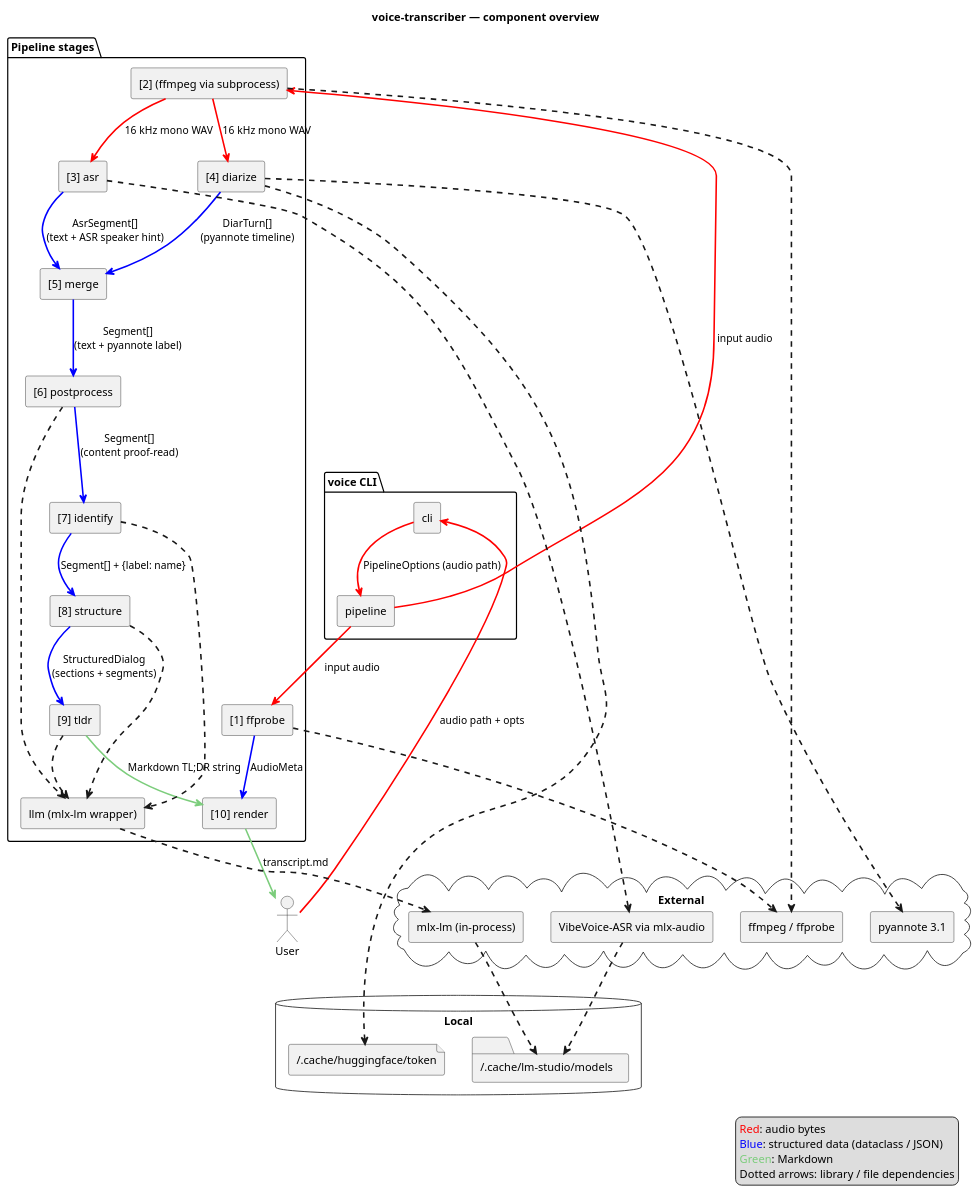
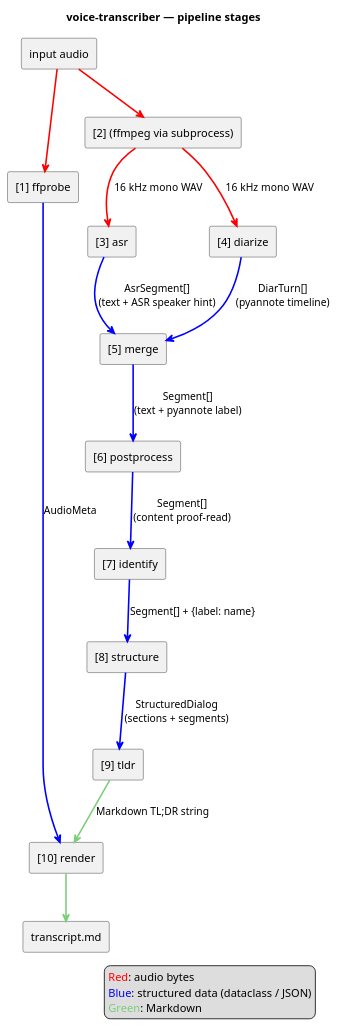
Before and after one commit to artem-from-ua/voice-transcriber: the second of 2 diagrams in docs/architecture.md, drawn with PlantUML. The commit also changed other lines of this file, not shown here.

Commit message:
Split the architecture diagram in two
The combined diagram showed everything at once — CLI ↔ Pipeline,
stages, external libraries, file caches — which made each individual
question hard to answer at a glance. Splitting it:

1. High-level architecture: User, CLI, pipeline, and the four external
   libraries (ffmpeg, mlx-audio, pyannote, mlx-lm) plus the local
   caches they read. The internal stages of pipeline.run() are hidden.
2. Pipeline stages: the ten numbered steps and the data shapes that
   flow between them. No external libs, no caches — just input audio
   on one end and transcript.md on the other.

Both diagrams share the same colour legend (red audio, blue
structured, light-green Markdown) and 2-px arrow weight so they read
as one consistent story when viewed together.

````diff
--- a/docs/architecture.md
+++ b/docs/architecture.md
@@ -9,78 +63,45 @@
 ```plantuml
 @startuml
-title voice-transcriber — component overview
+title voice-transcriber — pipeline stages
 skinparam componentStyle rectangle
 skinparam ArrowThickness 2
 
-actor User
+[input audio] as Input
+[transcript.md] as Output
 
-package "voice CLI" {
-  component "cli" as CLI
-  component "pipeline" as Pipeline
-}
+component "[1] ffprobe" as FF
+component "[2] (ffmpeg via subprocess)" as WAV
+component "[3] asr" as ASR
+component "[4] diarize" as Diar
+component "[5] merge" as Merge
+component "[6] postprocess" as Post
+component "[7] identify" as Ident
+component "[8] structure" as Struct
+component "[9] tldr" as TLDR
+component "[10] render" as Render
 
-package "Pipeline stages" {
-  component "[1] ffprobe" as FF
-  component "[2] (ffmpeg via subprocess)" as WAV
-  component "[3] asr" as ASR
-  component "[4] diarize" as Diar
-  component "[5] merge" as Merge
-  component "[6] postprocess" as Post
-  component "[7] identify" as Ident
-  component "[8] structure" as Struct
-  component "[9] tldr" as TLDR
-  component "[10] render" as Render
-  component "llm (mlx-lm wrapper)" as LLM
-}
+Input -[#red]-> FF
+Input -[#red]-> WAV
 
-cloud "External" {
-  [ffmpeg / ffprobe] as Ffmpeg
-  [VibeVoice-ASR via mlx-audio] as MLX
-  [pyannote 3.1] as Pyannote
-  [mlx-lm (in-process)] as MlxLm
-}
-
-database "Local" {
-  folder "~/.cache/lm-studio/models" as LMSCache
-  file "~/.cache/huggingface/token" as HFToken
-}
-
-User -[#red]-> CLI : audio path + opts
-CLI -[#red]-> Pipeline : PipelineOptions (audio path)
-
-Pipeline -[#red]-> WAV : input audio
 WAV -[#red]-> ASR : 16 kHz mono WAV
 WAV -[#red]-> Diar : 16 kHz mono WAV
-Pipeline -[#red]-> FF : input audio
-FF -[#blue]-> Render : AudioMeta
 
 ASR -[#blue]-> Merge : AsrSegment[]\n(text + ASR speaker hint)
 Diar -[#blue]-> Merge : DiarTurn[]\n(pyannote timeline)
+
 Merge -[#blue]-> Post : Segment[]\n(text + pyannote label)
 Post -[#blue]-> Ident : Segment[]\n(content proof-read)
 Ident -[#blue]-> Struct : Segment[] + {label: name}
 Struct -[#blue]-> TLDR : StructuredDialog\n(sections + segments)
+
+FF -[#blue]-> Render : AudioMeta
 TLDR -[#7CCD7C]-> Render : Markdown TL;DR string
-Render -[#7CCD7C]-> User : transcript.md
-
-WAV ..> Ffmpeg
-FF ..> Ffmpeg
-ASR ..> MLX
-MLX ..> LMSCache
-Diar ..> Pyannote
-Diar ..> HFToken
-Post ..> LLM
-Ident ..> LLM
-Struct ..> LLM
-TLDR ..> LLM
-LLM ..> MlxLm
-MlxLm ..> LMSCache
+Render -[#7CCD7C]-> Output
 
 legend right
   <color:red>Red</color>: audio bytes
   <color:blue>Blue</color>: structured data (dataclass / JSON)
   <color:#7CCD7C>Green</color>: Markdown
-  Dotted arrows: library / file dependencies
 end legend
 @enduml
 ```
````
